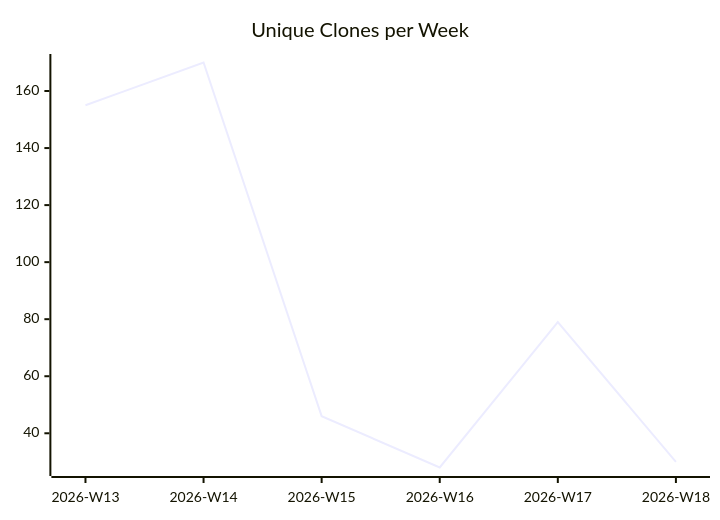
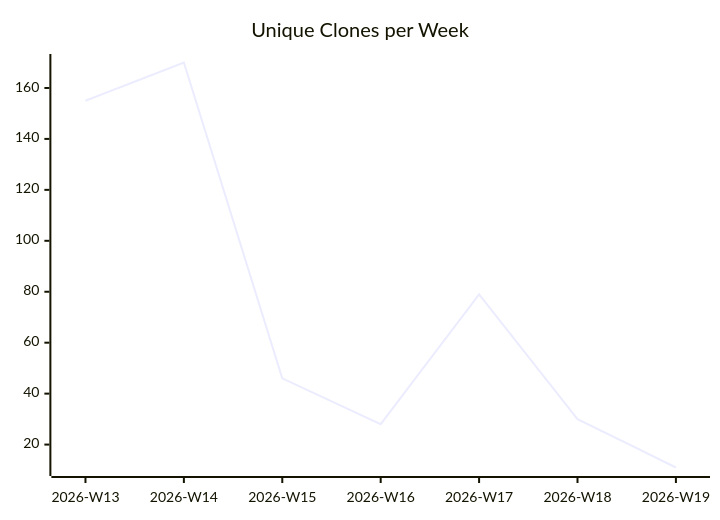
One commit to justdavis-family/github-analytics-data changed the third of 3 diagrams in karlmdavis/justdavis-finances/README.md. Above: the diagram before and after it, drawn with Mermaid. The commit also changed other lines of this file and 187 other files, not shown here.

````diff
--- a/karlmdavis/justdavis-finances/README.md
+++ b/karlmdavis/justdavis-finances/README.md
@@ -19,6 +19,6 @@
 ```mermaid
 xychart-beta
   title "Unique Clones per Week"
-  x-axis ["2026-W13", "2026-W14", "2026-W15", "2026-W16", "2026-W17", "2026-W18"]
-  line [155, 170, 46, 28, 79, 30]
+  x-axis ["2026-W13", "2026-W14", "2026-W15", "2026-W16", "2026-W17", "2026-W18", "2026-W19"]
+  line [155, 170, 46, 28, 79, 30, 11]
 ```
````
